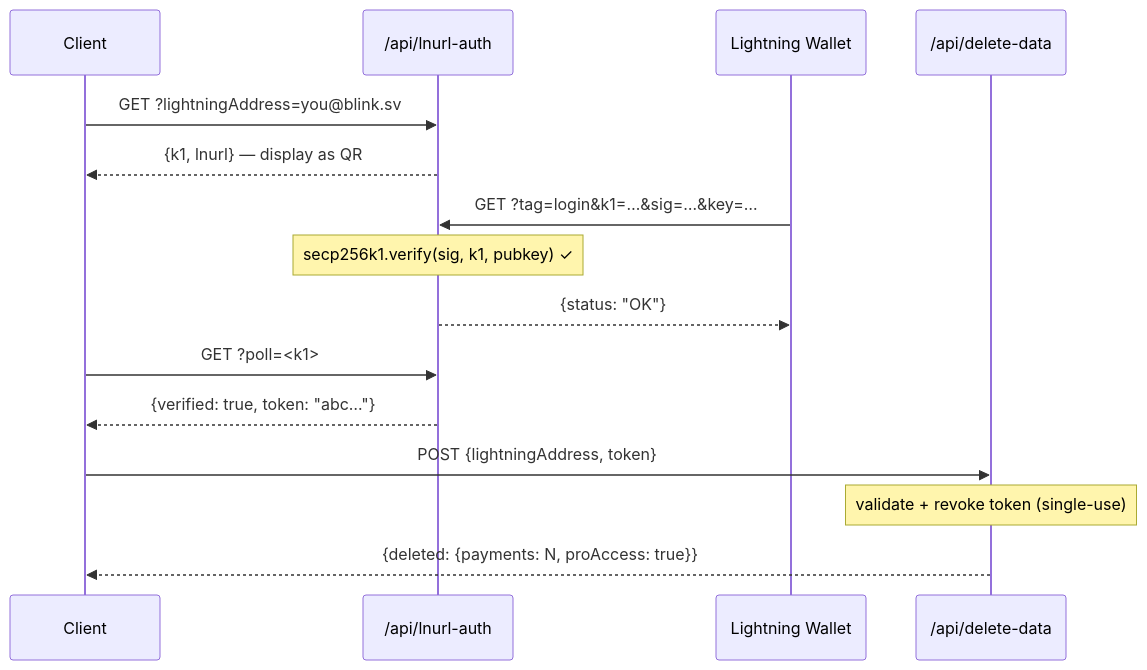
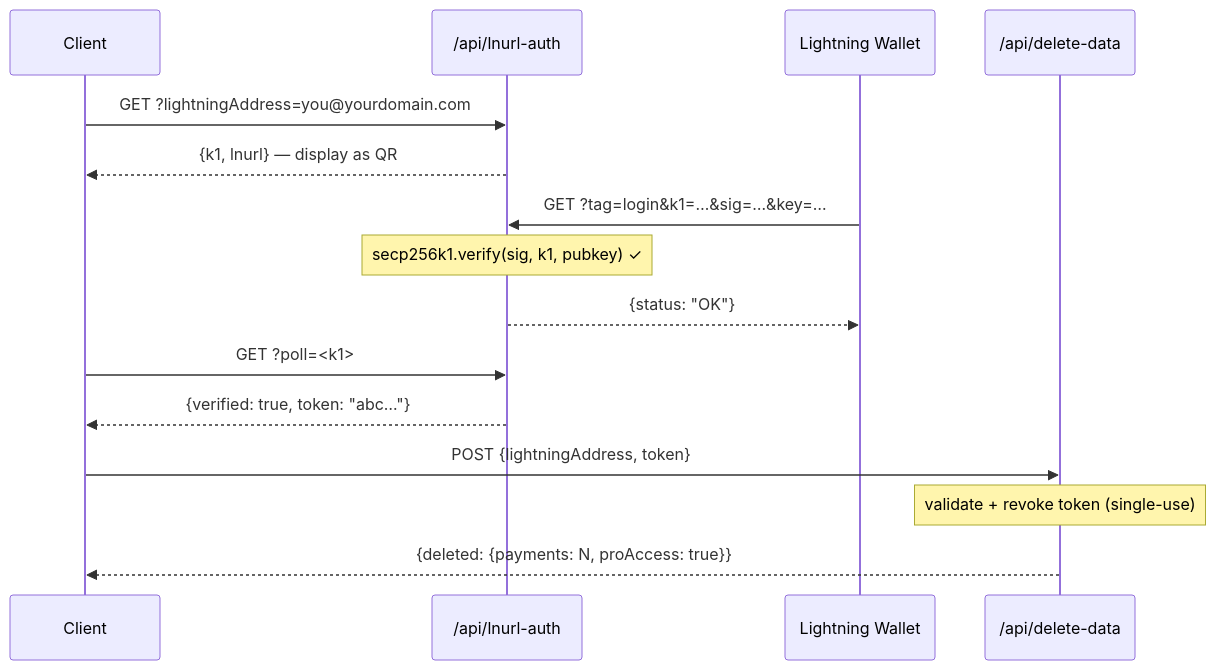
One commit to ShinyDapps/l402-kit changed the diagram in docs/guides/security.mdx. Above: the diagram before and after it, drawn with Mermaid. The commit also changed 44 other files, not shown here.

````diff
--- a/docs/guides/security.mdx
+++ b/docs/guides/security.mdx
@@ -261,18 +261,18 @@
 ```mermaid
 sequenceDiagram
     participant C as Client
     participant S as /api/lnurl-auth
     participant W as Lightning Wallet
     participant D as /api/delete-data
 
-    C->>S: GET ?lightningAddress=you@blink.sv
+    C->>S: GET ?lightningAddress=you@yourdomain.com
     S-->>C: {k1, lnurl} — display as QR
     W->>S: GET ?tag=login&k1=…&sig=…&key=…
     Note over S: secp256k1.verify(sig, k1, pubkey) ✓
     S-->>W: {status: "OK"}
     C->>S: GET ?poll=<k1>
     S-->>C: {verified: true, token: "abc…"}
     C->>D: POST {lightningAddress, token}
     Note over D: validate + revoke token (single-use)
     D-->>C: {deleted: {payments: N, proAccess: true}}
 ```
````
